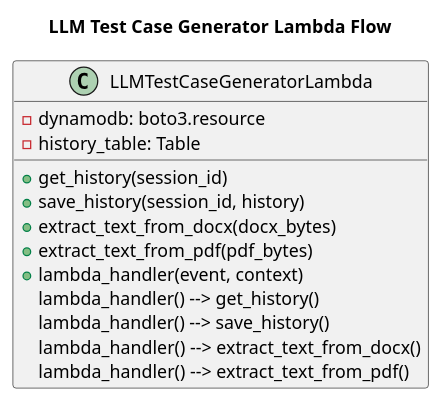
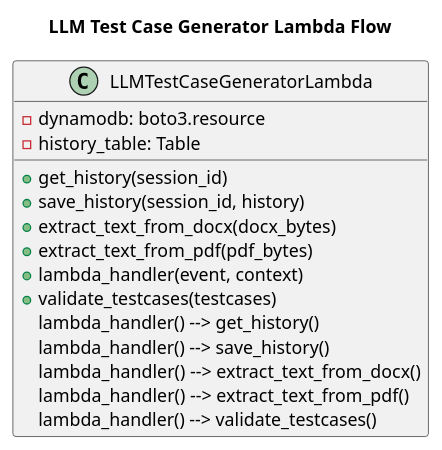
One commit to pavanchanduri/RAGChatbot changed the diagram in llmtestcasegenerator/UML Diagrams/llmtestcasegenerator.puml. Above: the diagram before and after it, drawn with PlantUML. The commit also changed 5 other files, not shown here.

Commit message:
Modified few UML diagrams and made other changes

```diff
--- a/llmtestcasegenerator/UML Diagrams/llmtestcasegenerator.puml
+++ b/llmtestcasegenerator/UML Diagrams/llmtestcasegenerator.puml
@@ -1,17 +1,19 @@
 @startuml LLMTestCaseGenerator
 title LLM Test Case Generator Lambda Flow
 class LLMTestCaseGeneratorLambda {
     - dynamodb: boto3.resource
     - history_table: Table
     + get_history(session_id)
     + save_history(session_id, history)
     + extract_text_from_docx(docx_bytes)
     + extract_text_from_pdf(pdf_bytes)
     + lambda_handler(event, context)
+    + validate_testcases(testcases)
 }
 
 LLMTestCaseGeneratorLambda : lambda_handler() --> get_history()
 LLMTestCaseGeneratorLambda : lambda_handler() --> save_history()
 LLMTestCaseGeneratorLambda : lambda_handler() --> extract_text_from_docx()
 LLMTestCaseGeneratorLambda : lambda_handler() --> extract_text_from_pdf()
+LLMTestCaseGeneratorLambda : lambda_handler() --> validate_testcases()
 @enduml
```
